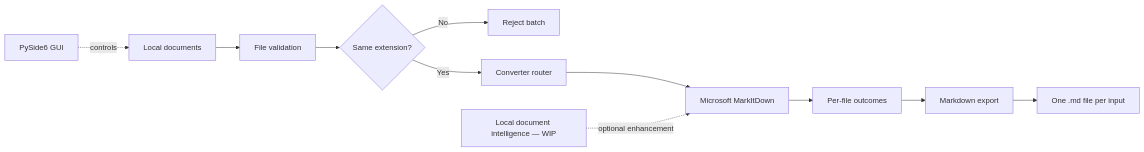
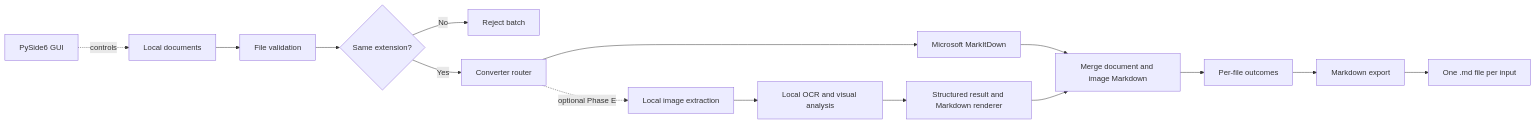
One commit to DrBham/Hybird-Document-To-Markdown changed the diagram in README.md. Above: the diagram before and after it, drawn with Mermaid. The commit also changed other lines of this file, not shown here.

Commit message:
docs(roadmap): define Phase E checkpoints and activate E2

````diff
--- a/README.md
+++ b/README.md
@@ -154,14 +156,18 @@
 ```mermaid
 flowchart LR
     A[Local documents] --> B[File validation]
     B --> C{Same extension?}
     C -- No --> X[Reject batch]
     C -- Yes --> D[Converter router]
     D --> E[Microsoft MarkItDown]
-    E --> F[Per-file outcomes]
+    D -. optional Phase E .-> I[Local image extraction]
+    I --> O[Local OCR and visual analysis]
+    O --> R[Structured result and Markdown renderer]
+    E --> M[Merge document and image Markdown]
+    R --> M
+    M --> F[Per-file outcomes]
     F --> G[Markdown export]
     G --> H[One .md file per input]
 
     UI[PySide6 GUI] -. controls .-> A
-    V[Local document intelligence — WIP] -. optional enhancement .-> E
 ```
````
